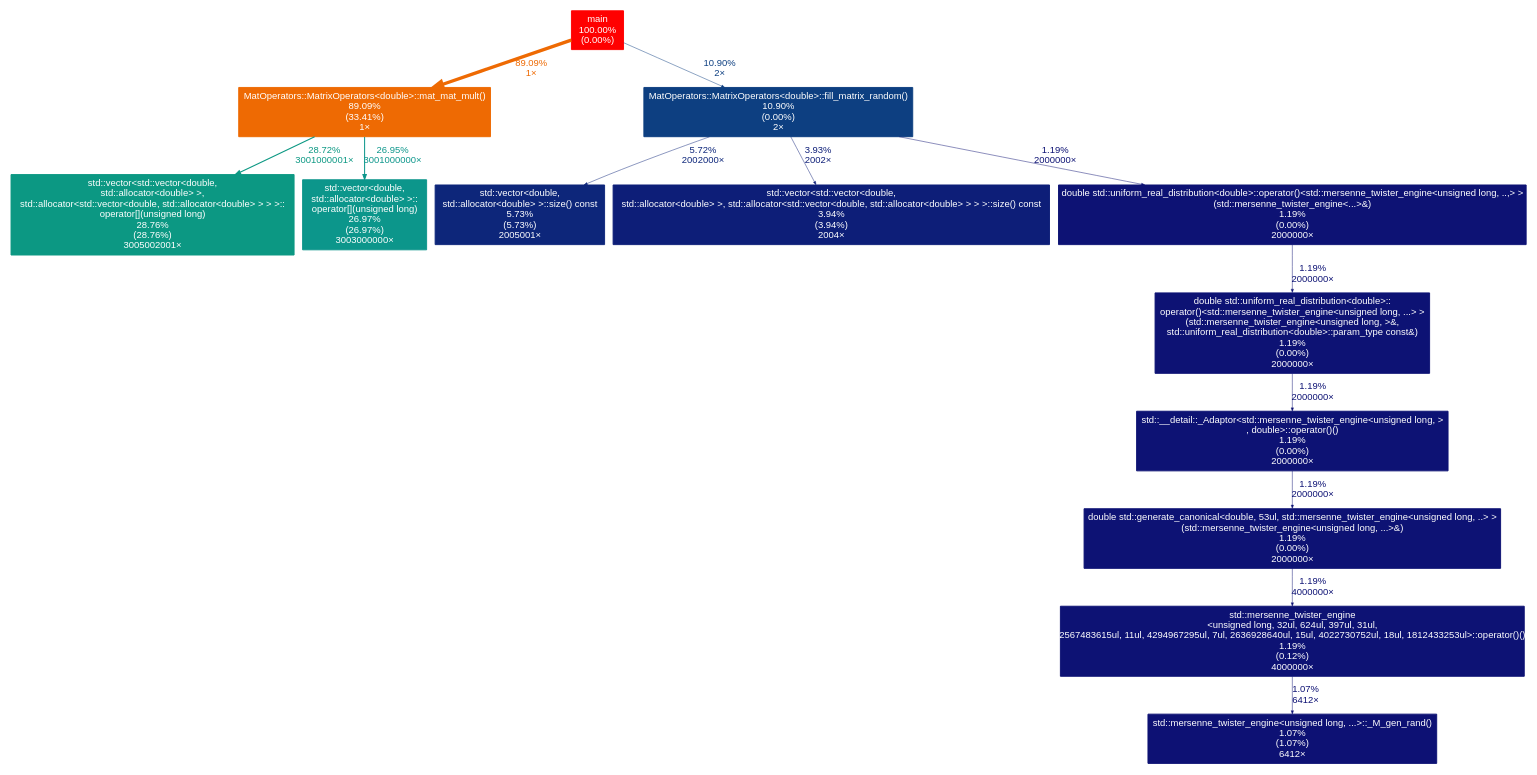
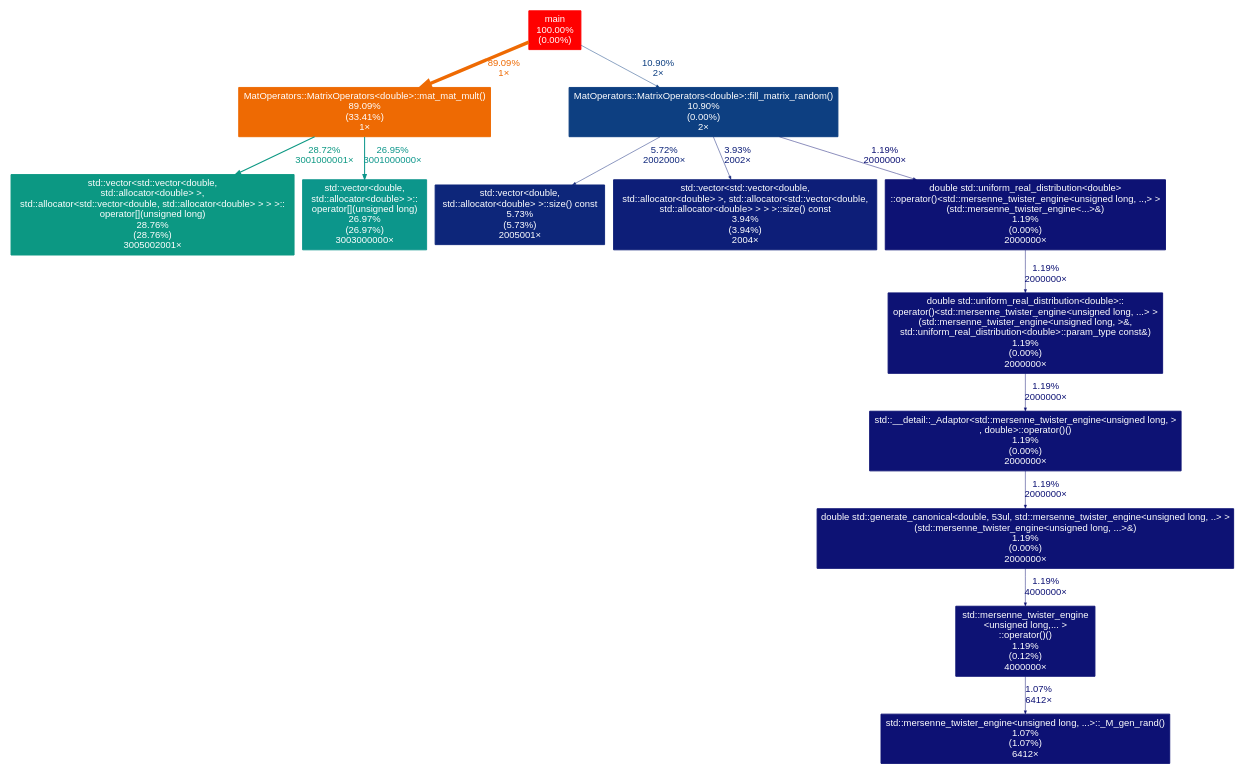
Before and after one commit to SoorajBharan/ME_766_HPC: the diagram in OpenMP/matrix/install/bin/testing/profile.dot, drawn with Graphviz. The commit also changed 33 other files, not shown here.

```diff
--- a/OpenMP/matrix/install/bin/testing/profile.dot
+++ b/OpenMP/matrix/install/bin/testing/profile.dot
@@ -1,30 +1,30 @@
 digraph {
 	graph [fontname=Arial, nodesep=0.125, ranksep=0.25];
 	node [fontcolor=white, fontname=Arial, height=0, shape=box, style=filled, width=0];
 	edge [fontname=Arial];
 	1 [color="#ff0000", fontcolor="#ffffff", fontsize="10.00", label="main\n100.00%\n(0.00%)"];
 	1 -> 2 [arrowsize="0.94", color="#ee6a03", fontcolor="#ee6a03", fontsize="10.00", label="89.09%\n1×", labeldistance="3.56", penwidth="3.56"];
 	1 -> 5 [arrowsize="0.35", color="#0d3f81", fontcolor="#0d3f81", fontsize="10.00", label="10.90%\n2×", labeldistance="0.50", penwidth="0.50"];
 	2 [color="#ee6a03", fontcolor="#ffffff", fontsize="10.00", label="MatOperators::MatrixOperators<double>::mat_mat_mult()\n89.09%\n(33.41%)\n1×"];
 	2 -> 3 [arrowsize="0.54", color="#0c9883", fontcolor="#0c9883", fontsize="10.00", label="28.72%\n3001000001×", labeldistance="1.15", penwidth="1.15"];
 	2 -> 4 [arrowsize="0.52", color="#0c968b", fontcolor="#0c968b", fontsize="10.00", label="26.95%\n3001000000×", labeldistance="1.08", penwidth="1.08"];
 	3 [color="#0c9883", fontcolor="#ffffff", fontsize="10.00", label="std::vector<std::vector<double,\n std::allocator<double> >,\n std::allocator<std::vector<double, std::allocator<double> > > >::\noperator[](unsigned long)\n28.76%\n(28.76%)\n3005002001×"];
 	4 [color="#0c968b", fontcolor="#ffffff", fontsize="10.00", label="std::vector<double,\n std::allocator<double> >::\noperator[](unsigned long)\n26.97%\n(26.97%)\n3003000000×"];
 	5 [color="#0d3f81", fontcolor="#ffffff", fontsize="10.00", label="MatOperators::MatrixOperators<double>::fill_matrix_random()\n10.90%\n(0.00%)\n2×"];
 	5 -> 6 [arrowsize="0.35", color="#0d267a", fontcolor="#0d267a", fontsize="10.00", label="5.72%\n2002000×", labeldistance="0.50", penwidth="0.50"];
 	5 -> 7 [arrowsize="0.35", color="#0d1e78", fontcolor="#0d1e78", fontsize="10.00", label="3.93%\n2002×", labeldistance="0.50", penwidth="0.50"];
 	5 -> 9 [arrowsize="0.35", color="#0d1274", fontcolor="#0d1274", fontsize="10.00", label="1.19%\n2000000×", labeldistance="0.50", penwidth="0.50"];
 	6 [color="#0d267a", fontcolor="#ffffff", fontsize="10.00", label="std::vector<double, \nstd::allocator<double> >::size() const\n5.73%\n(5.73%)\n2005001×"];
-	7 [color="#0d1e78", fontcolor="#ffffff", fontsize="10.00", label="std::vector<std::vector<double,\n std::allocator<double> >, std::allocator<std::vector<double, std::allocator<double> > > >::size() const\n3.94%\n(3.94%)\n2004×"];
-	8 [color="#0d1274", fontcolor="#ffffff", fontsize="10.00", label="std::mersenne_twister_engine\n<unsigned long, 32ul, 624ul, 397ul, 31ul, \n2567483615ul, 11ul, 4294967295ul, 7ul, 2636928640ul, 15ul, 4022730752ul, 18ul, 1812433253ul>::operator()()\n1.19%\n(0.12%)\n4000000×"];
+	7 [color="#0d1e78", fontcolor="#ffffff", fontsize="10.00", label="std::vector<std::vector<double,\n std::allocator<double> >, std::allocator<std::vector<double,\n std::allocator<double> > > >::size() const\n3.94%\n(3.94%)\n2004×"];
+	8 [color="#0d1274", fontcolor="#ffffff", fontsize="10.00", label="std::mersenne_twister_engine\n<unsigned long,... >\n::operator()()\n1.19%\n(0.12%)\n4000000×"];
 	8 -> 13 [arrowsize="0.35", color="#0d1174", fontcolor="#0d1174", fontsize="10.00", label="1.07%\n6412×", labeldistance="0.50", penwidth="0.50"];
-	9 [color="#0d1274", fontcolor="#ffffff", fontsize="10.00", label="double std::uniform_real_distribution<double>::operator()<std::mersenne_twister_engine<unsigned long, ..,> >\n(std::mersenne_twister_engine<...>&)\n1.19%\n(0.00%)\n2000000×"];
+	9 [color="#0d1274", fontcolor="#ffffff", fontsize="10.00", label="double std::uniform_real_distribution<double>\n::operator()<std::mersenne_twister_engine<unsigned long, ..,> >\n(std::mersenne_twister_engine<...>&)\n1.19%\n(0.00%)\n2000000×"];
 	9 -> 10 [arrowsize="0.35", color="#0d1274", fontcolor="#0d1274", fontsize="10.00", label="1.19%\n2000000×", labeldistance="0.50", penwidth="0.50"];
 	10 [color="#0d1274", fontcolor="#ffffff", fontsize="10.00", label="double std::uniform_real_distribution<double>::\noperator()<std::mersenne_twister_engine<unsigned long, ...> >\n(std::mersenne_twister_engine<unsigned long, >&,\n std::uniform_real_distribution<double>::param_type const&)\n1.19%\n(0.00%)\n2000000×"];
 	10 -> 11 [arrowsize="0.35", color="#0d1274", fontcolor="#0d1274", fontsize="10.00", label="1.19%\n2000000×", labeldistance="0.50", penwidth="0.50"];
 	11 [color="#0d1274", fontcolor="#ffffff", fontsize="10.00", label="std::__detail::_Adaptor<std::mersenne_twister_engine<unsigned long, >\n, double>::operator()()\n1.19%\n(0.00%)\n2000000×"];
 	11 -> 12 [arrowsize="0.35", color="#0d1274", fontcolor="#0d1274", fontsize="10.00", label="1.19%\n2000000×", labeldistance="0.50", penwidth="0.50"];
 	12 [color="#0d1274", fontcolor="#ffffff", fontsize="10.00", label="double std::generate_canonical<double, 53ul, std::mersenne_twister_engine<unsigned long, ..> >\n(std::mersenne_twister_engine<unsigned long, ...>&)\n1.19%\n(0.00%)\n2000000×"];
 	12 -> 8 [arrowsize="0.35", color="#0d1274", fontcolor="#0d1274", fontsize="10.00", label="1.19%\n4000000×", labeldistance="0.50", penwidth="0.50"];
 	13 [color="#0d1174", fontcolor="#ffffff", fontsize="10.00", label="std::mersenne_twister_engine<unsigned long, ...>::_M_gen_rand()\n1.07%\n(1.07%)\n6412×"];
 }
```
